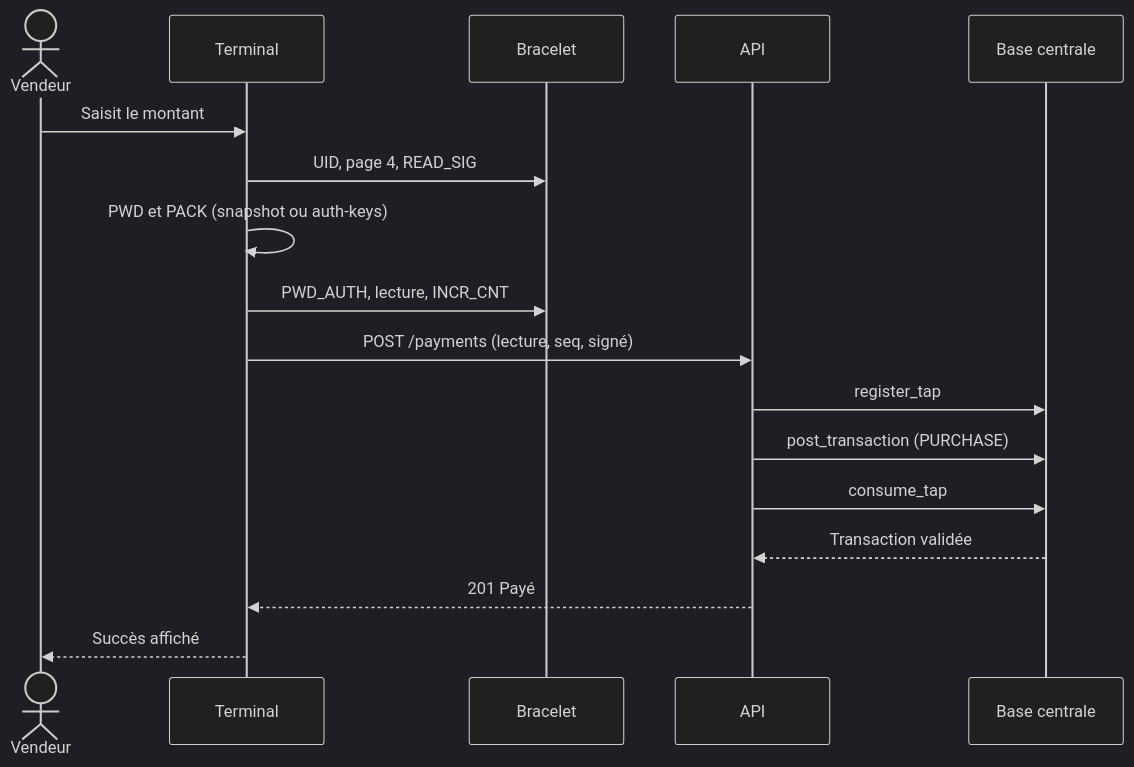
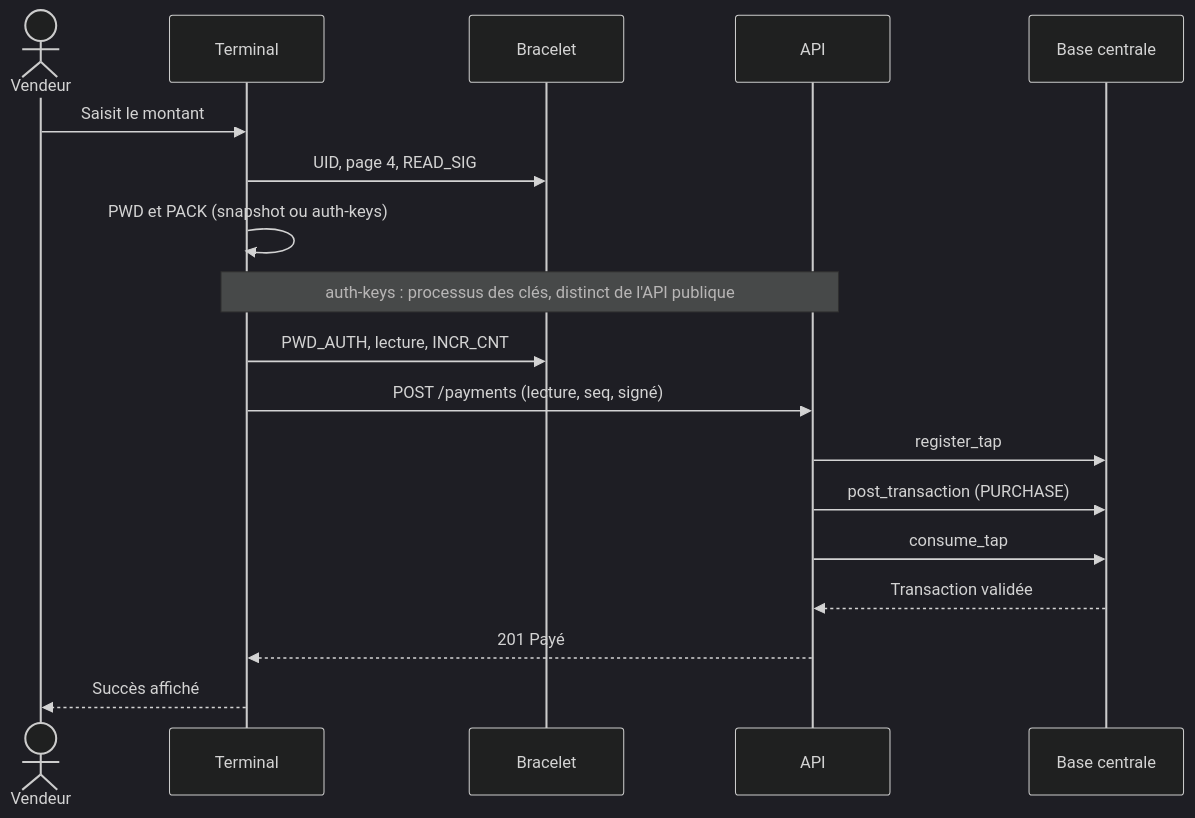
One commit to atrona8/cashless-platform changed the first of 6 diagrams in docs/05-sequence-diagrams.md. Above: the diagram before and after it, drawn with Mermaid (dark theme). The commit also changed other lines of this file and 54 other files, not shown here.

````diff
--- a/docs/05-sequence-diagrams.md
+++ b/docs/05-sequence-diagrams.md
@@ -10,20 +11,21 @@
 ```mermaid
 sequenceDiagram
     actor Vendeur
     participant Terminal
     participant Bracelet
     participant API
     participant DB as Base centrale
 
     Vendeur->>Terminal: Saisit le montant
     Terminal->>Bracelet: UID, page 4, READ_SIG
     Terminal->>Terminal: PWD et PACK (snapshot ou auth-keys)
+    Note over Terminal,API: auth-keys : processus des clés, distinct de l'API publique
     Terminal->>Bracelet: PWD_AUTH, lecture, INCR_CNT
     Terminal->>API: POST /payments (lecture, seq, signé)
     API->>DB: register_tap
     API->>DB: post_transaction (PURCHASE)
     API->>DB: consume_tap
     DB-->>API: Transaction validée
     API-->>Terminal: 201 Payé
     Terminal-->>Vendeur: Succès affiché
 ```
````
